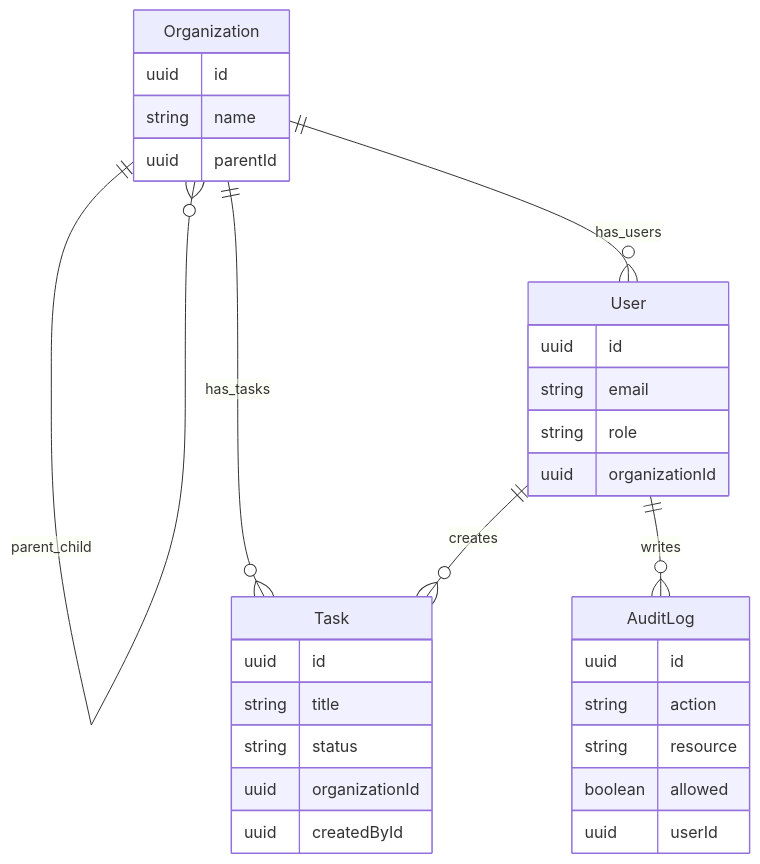
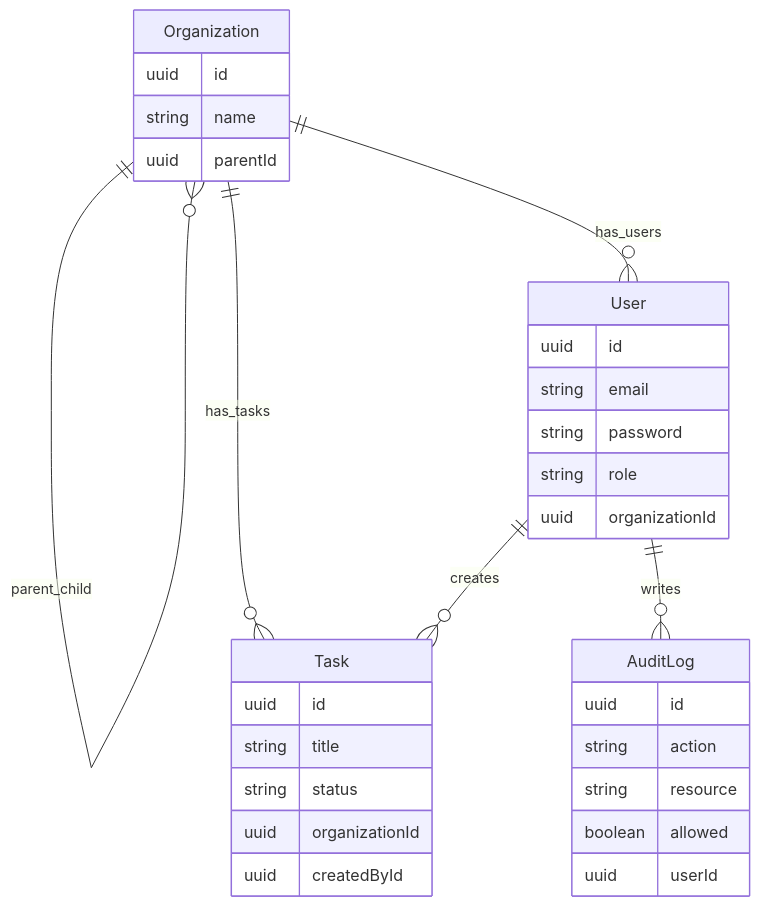
Before and after one commit to sphurthy/ssatish-0a19fc14-d0eb-42ed-850d-63023568a3e3: the diagram in README.md, drawn with Mermaid.

Commit message:
fixed readme ERD diagram

````diff
--- a/README.md
+++ b/README.md
@@ -608,34 +608,35 @@
 ```mermaid
 erDiagram
   Organization {
     uuid id
     string name
     uuid parentId
   }
   User {
     uuid id
     string email
+    string password
     string role
     uuid organizationId
   }
   Task {
     uuid id
     string title
     string status
     uuid organizationId
     uuid createdById
   }
   AuditLog {
     uuid id
     string action
     string resource
     boolean allowed
     uuid userId
   }
 
   Organization ||--o{ Organization : parent_child
   Organization ||--o{ User : has_users
   Organization ||--o{ Task : has_tasks
   User ||--o{ Task : creates
   User ||--o{ AuditLog : writes
 ```
````
